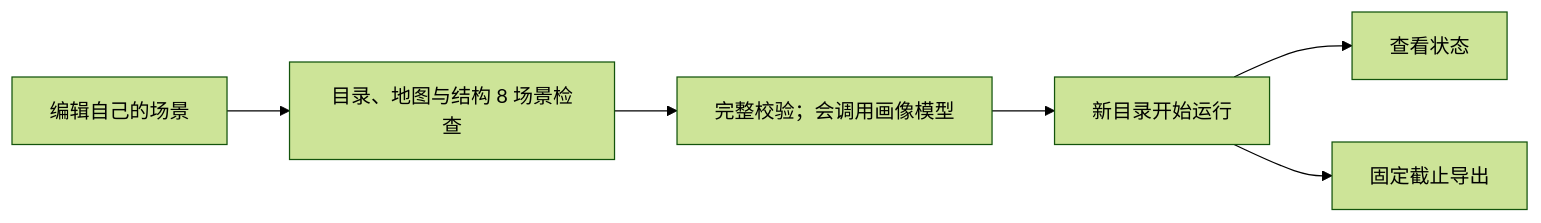
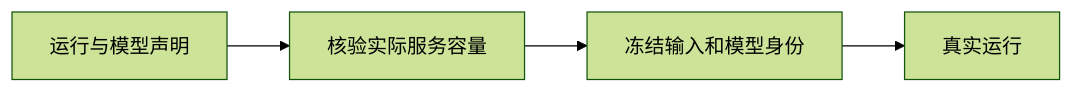
One commit to HoldThatThgt/WorldMock changed the diagram in docs/manual/runtime.md. Above: the diagram before and after it, drawn with Mermaid (forest theme). The commit also changed other lines of this file and 577 other files, not shown here.

````diff
--- a/docs/manual/runtime.md
+++ b/docs/manual/runtime.md
@@ -160,8 +39,6 @@
 ```mermaid
 flowchart LR
-    CONFIG[编辑自己的场景] --> OFFLINE[目录、地图与结构 8 场景检查]
-    OFFLINE --> VALIDATE[完整校验；会调用画像模型]
-    VALIDATE --> RUN[新目录开始运行]
-    RUN --> STATUS[查看状态]
-    RUN --> EXPORT[固定截止导出]
+    Config[运行与模型声明] --> Metadata[核验实际服务容量]
+    Metadata --> Identity[冻结输入和模型身份]
+    Identity --> Run[真实运行]
 ```
````
